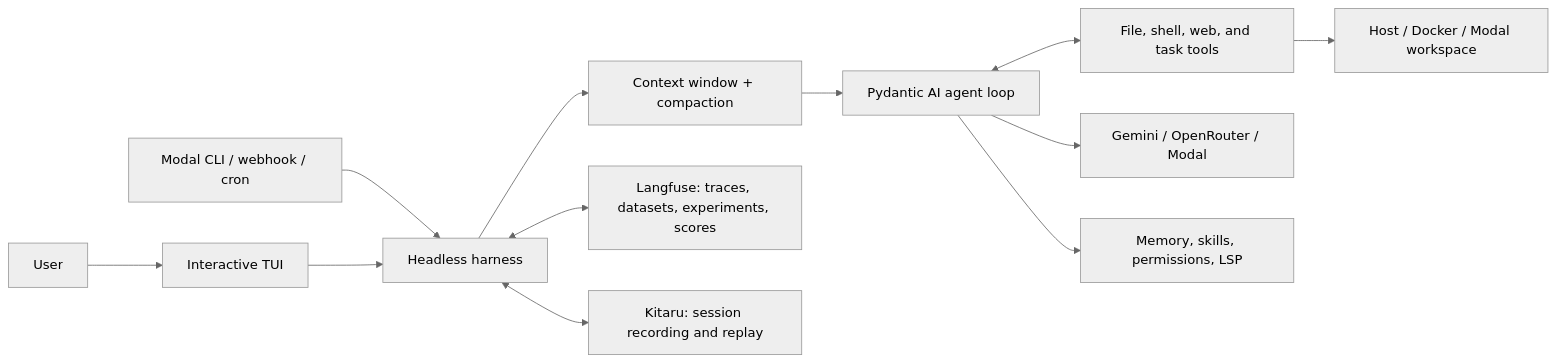
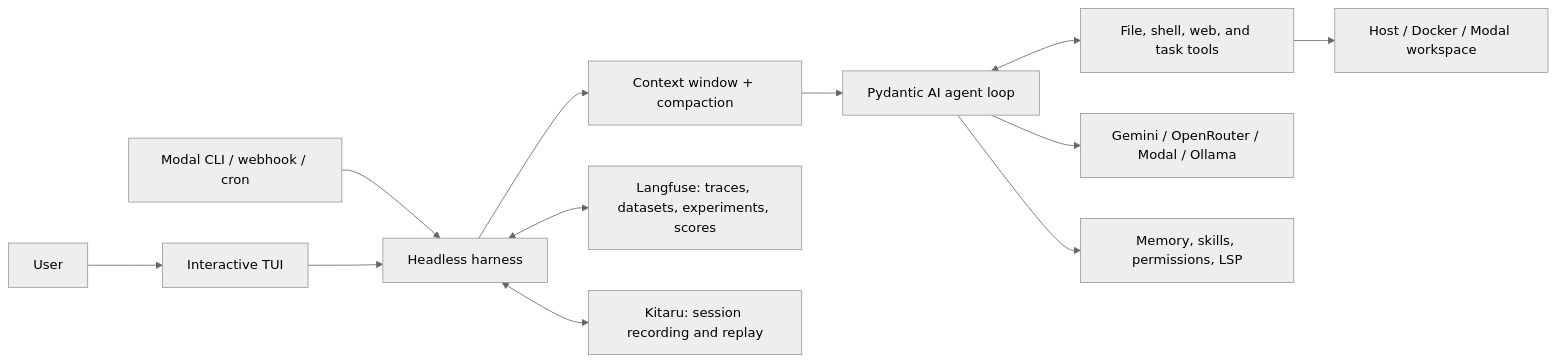
One commit to HanishDhanwalkar/decode-ollama changed the diagram in README.md. Above: the diagram before and after it, drawn with Mermaid (neutral theme). The commit also changed other lines of this file and 8 other files, not shown here.

````diff
--- a/README.md
+++ b/README.md
@@ -45,14 +45,14 @@
 ```mermaid
 flowchart LR
     User --> TUI["Interactive TUI"]
     Triggers["Modal CLI / webhook / cron"] --> Harness["Headless harness"]
     TUI --> Harness
     Harness --> Context["Context window + compaction"]
     Context --> Agent["Pydantic AI agent loop"]
     Agent <--> Tools["File, shell, web, and task tools"]
     Tools --> Sandbox["Host / Docker / Modal workspace"]
-    Agent --> Providers["Gemini / OpenRouter / Modal"]
+    Agent --> Providers["Gemini / OpenRouter / Modal / Ollama"]
     Harness <--> Langfuse["Langfuse: traces, datasets, experiments, scores"]
     Harness <--> Kitaru["Kitaru: session recording and replay"]
     Agent --> Memory["Memory, skills, permissions, LSP"]
 ```
````
